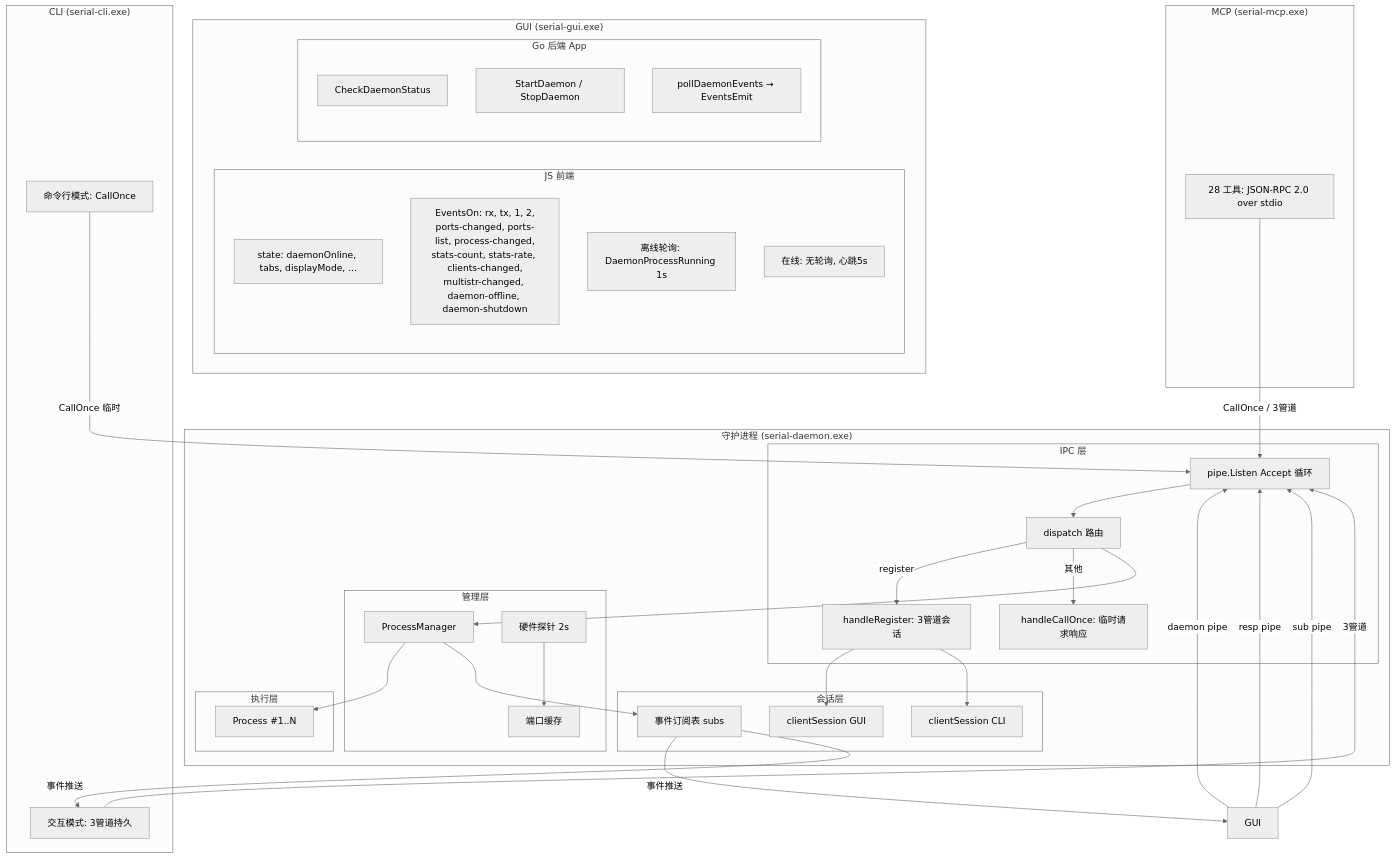
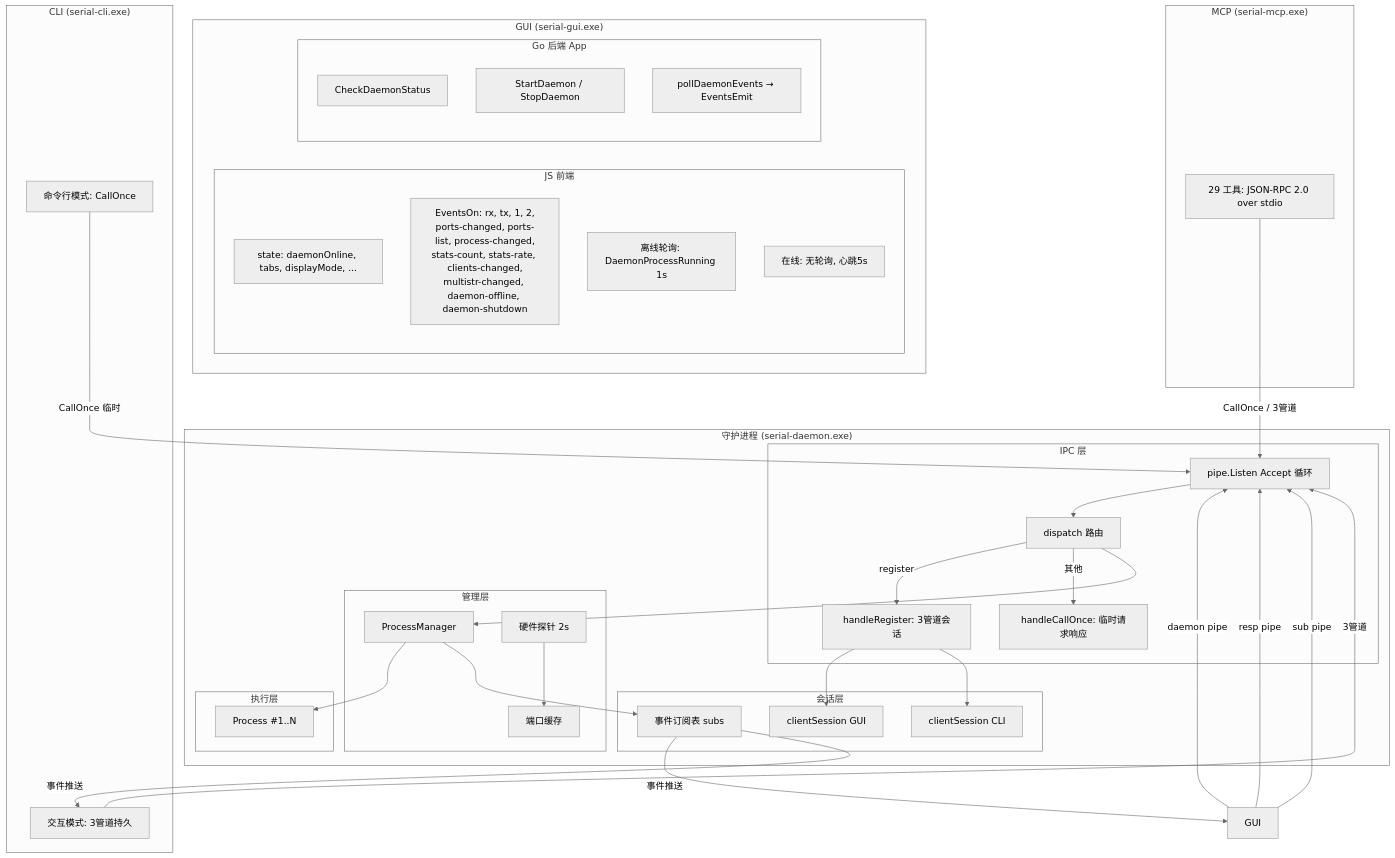
One commit to nienieai/serial-debugger changed the first of 8 diagrams in ARCHITECTURE.md. Above: the diagram before and after it, drawn with Mermaid (neutral theme). The commit also changed other lines of this file and 8 other files, not shown here.

````diff
--- a/ARCHITECTURE.md
+++ b/ARCHITECTURE.md
@@ -30,70 +30,70 @@
 ```mermaid
 graph TB
     subgraph "GUI (serial-gui.exe)"
         subgraph "JS 前端"
             STATE[state: daemonOnline, tabs, displayMode, ...]
             EVENTS[EventsOn: rx, tx, 1, 2,<br/>ports-changed, ports-list, process-changed,<br/>stats-count, stats-rate, clients-changed,<br/>multistr-changed, daemon-offline, daemon-shutdown]
             POLL[离线轮询: DaemonProcessRunning 1s]
             HB[在线: 无轮询, 心跳5s]
         end
         subgraph "Go 后端 App"
             CHECK[CheckDaemonStatus]
             SD[StartDaemon / StopDaemon]
             BRIDGE[pollDaemonEvents → EventsEmit]
         end
     end
 
     subgraph "CLI (serial-cli.exe)"
         CLI_CMD[命令行模式: CallOnce]
         CLI_REPL[交互模式: 3管道持久]
     end
 
     subgraph "MCP (serial-mcp.exe)"
-        MCP_TOOLS[28 工具: JSON-RPC 2.0 over stdio]
+        MCP_TOOLS[29 工具: JSON-RPC 2.0 over stdio]
     end
 
     subgraph "守护进程 (serial-daemon.exe)"
         subgraph "IPC 层"
             LN[pipe.Listen Accept 循环]
             DISPATCH[dispatch 路由]
             REG[handleRegister: 3管道会话]
             CO[handleCallOnce: 临时请求响应]
         end
 
         subgraph "管理层"
             PM2[ProcessManager]
             PROBE[硬件探针 2s]
             CACHE[端口缓存]
         end
 
         subgraph "会话层"
             SESS1[clientSession GUI]
             SESS2[clientSession CLI]
             SUB[事件订阅表 subs]
         end
 
         subgraph "执行层"
             P_ALL[Process #1..N]
         end
     end
 
     GUI -->|daemon pipe| LN
     GUI -->|resp pipe| LN
     GUI -->|sub pipe| LN
     CLI_REPL -->|3管道| LN
     CLI_CMD -->|CallOnce 临时| LN
     MCP_TOOLS -->|CallOnce / 3管道| LN
 
     LN --> DISPATCH
     DISPATCH -->|register| REG
     DISPATCH -->|其他| CO
     REG --> SESS1
     REG --> SESS2
 
     DISPATCH --> PM2
     PM2 --> P_ALL
     PROBE --> CACHE
     PM2 --> SUB
     SUB -->|事件推送| GUI
     SUB -->|事件推送| CLI_REPL
 ```
````
